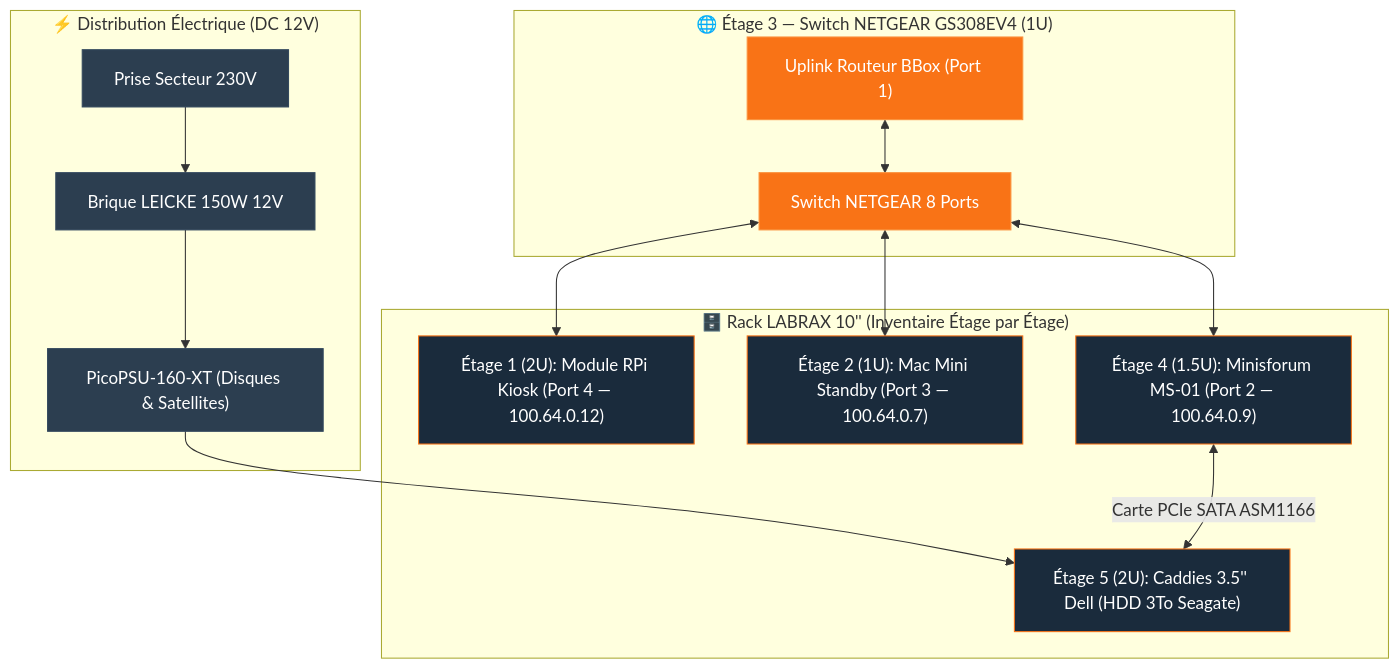
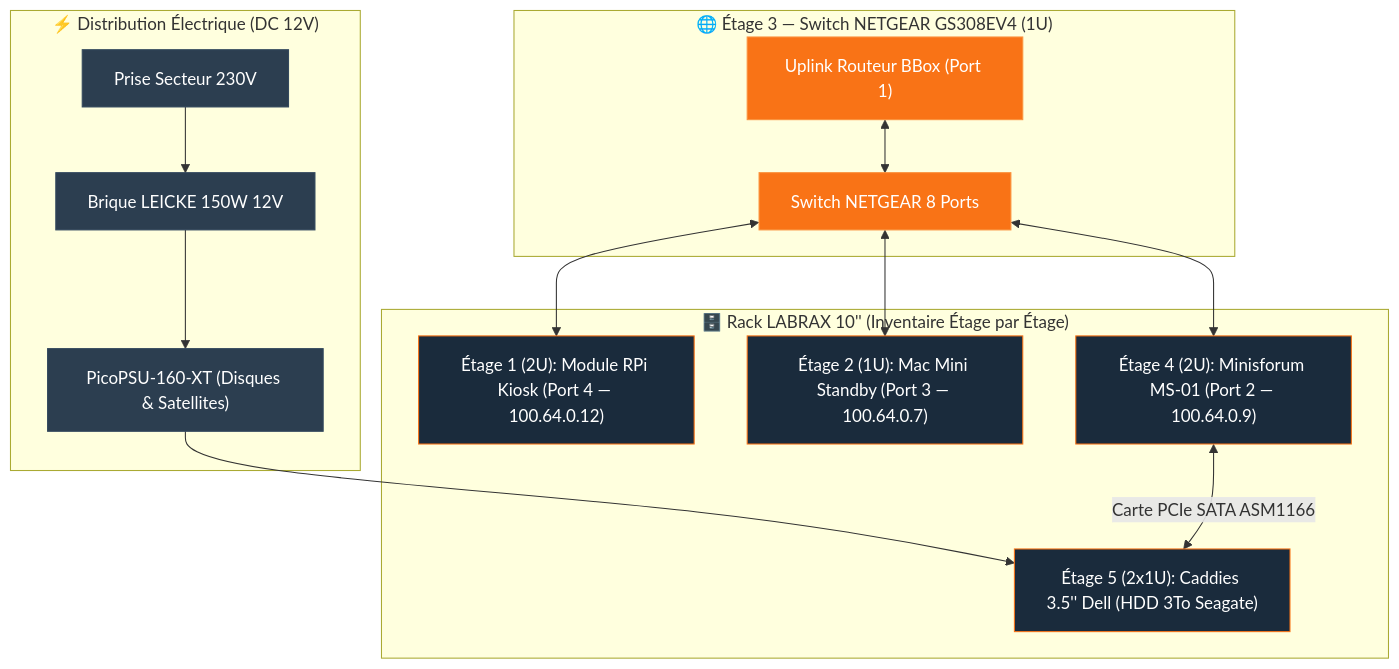
One commit to ims-world/docs changed the diagram in infrastructure/labrax.md. Above: the diagram before and after it, drawn with Mermaid. The commit also changed other lines of this file, not shown here.

Commit message:
docs(labrax): ajustement des hauteurs U (Etage 4 = 2U, Etage 5 = 2x1U)

````diff
--- a/infrastructure/labrax.md
+++ b/infrastructure/labrax.md
@@ -60,37 +60,37 @@
 ```mermaid
 graph TB
     subgraph POWER ["⚡ Distribution Électrique (DC 12V)"]
         SECTEUR["Prise Secteur 230V"]
         LEICKE["Brique LEICKE 150W 12V"]
         PICO["PicoPSU-160-XT (Disques & Satellites)"]
         SECTEUR --> LEICKE
         LEICKE --> PICO
     end
 
     subgraph SWITCH ["🌐 Étage 3 — Switch NETGEAR GS308EV4 (1U)"]
         NETGEAR["Switch NETGEAR 8 Ports"]
         BBOX["Uplink Routeur BBox (Port 1)"]
         BBOX <--> NETGEAR
     end
 
     subgraph SLOTS ["🗄️ Rack LABRAX 10'' (Inventaire Étage par Étage)"]
         RPI["Étage 1 (2U): Module RPi Kiosk (Port 4 — 100.64.0.12)"]
         MAC_MINI["Étage 2 (1U): Mac Mini Standby (Port 3 — 100.64.0.7)"]
-        MS01["Étage 4 (1.5U): Minisforum MS-01 (Port 2 — 100.64.0.9)"]
-        HDD_DISKS["Étage 5 (2U): Caddies 3.5'' Dell (HDD 3To Seagate)"]
+        MS01["Étage 4 (2U): Minisforum MS-01 (Port 2 — 100.64.0.9)"]
+        HDD_DISKS["Étage 5 (2x1U): Caddies 3.5'' Dell (HDD 3To Seagate)"]
     end
 
     NETGEAR <--> MS01
     NETGEAR <--> MAC_MINI
     NETGEAR <--> RPI
 
     PICO --> HDD_DISKS
     MS01 <-->|Carte PCIe SATA ASM1166| HDD_DISKS
 
     classDef pwr fill:#2c3e50,stroke:#34495e,color:#fff;
     classDef net fill:#F97316,stroke:#FB923C,color:#fff;
     classDef node fill:#1a2b3c,stroke:#F97316,color:#fff;
     class SECTEUR,LEICKE,PICO pwr;
     class NETGEAR,BBOX net;
     class MS01,MAC_MINI,RPI,HDD_DISKS node;
 ```
````
